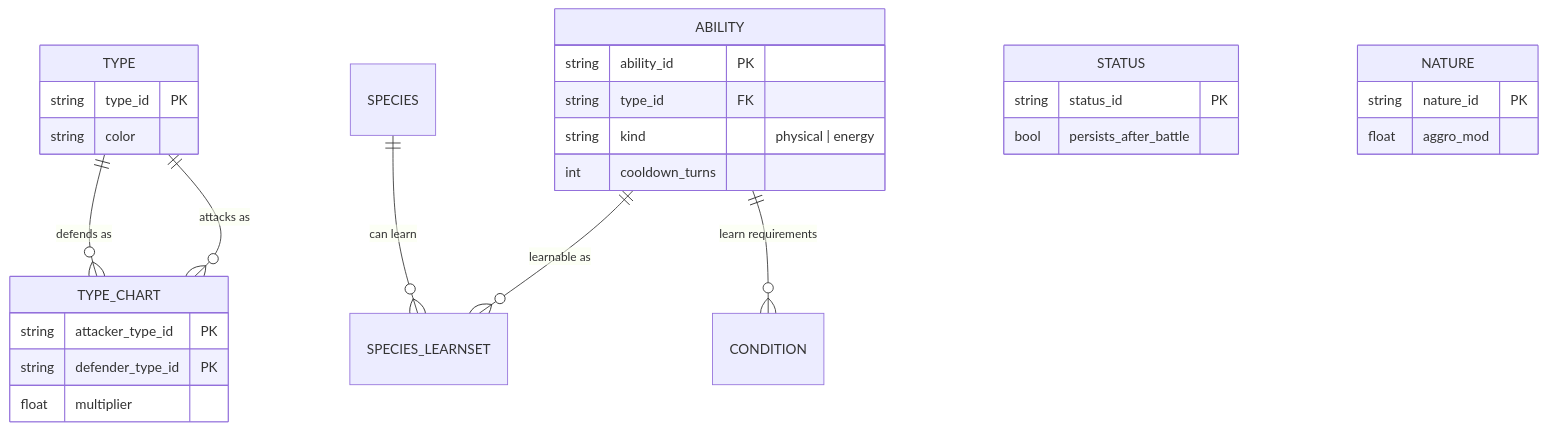
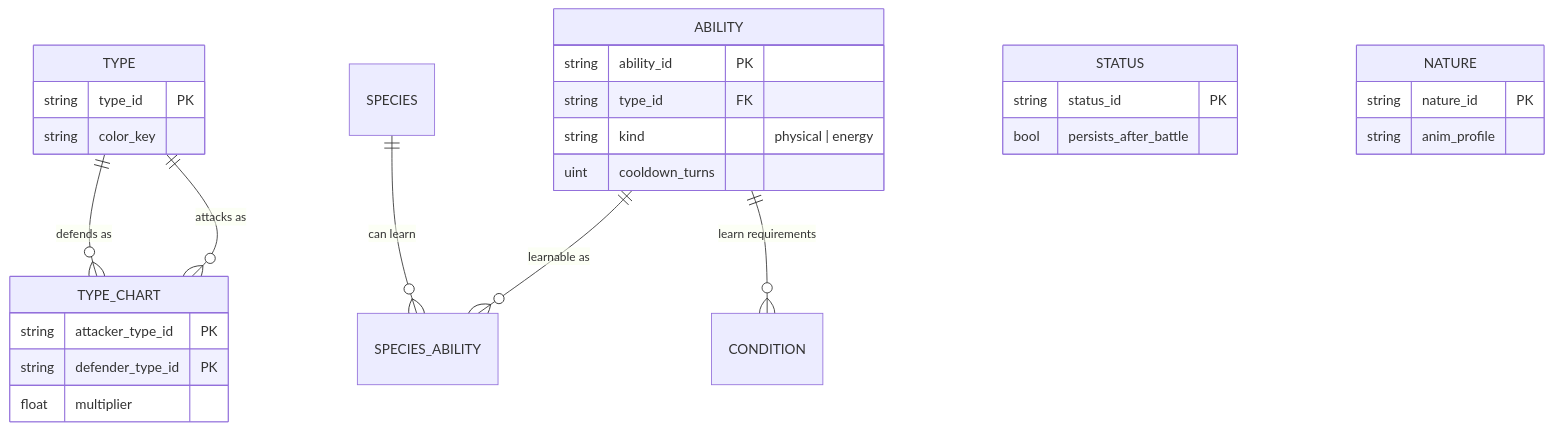
The first of 4 diagrams in Docs/data/schema.md (Intaria/mon-game), drawn with Mermaid before and after one commit. The commit also changed other lines of this file and 2 other files, not shown here.

First line of the commit message:
docs(data): apply schema review round — naming rules, behavior, rule-driven content

````diff
--- a/Docs/data/schema.md
+++ b/Docs/data/schema.md
@@ -40,31 +40,31 @@
 ```mermaid
 erDiagram
     TYPE ||--o{ TYPE_CHART : "attacks as"
     TYPE ||--o{ TYPE_CHART : "defends as"
-    ABILITY ||--o{ SPECIES_LEARNSET : "learnable as"
-    SPECIES ||--o{ SPECIES_LEARNSET : "can learn"
+    ABILITY ||--o{ SPECIES_ABILITY : "learnable as"
+    SPECIES ||--o{ SPECIES_ABILITY : "can learn"
     ABILITY ||--o{ CONDITION : "learn requirements"
     ABILITY {
         string ability_id PK
         string type_id FK
         string kind "physical | energy"
-        int cooldown_turns
+        uint cooldown_turns
     }
     TYPE {
         string type_id PK
-        string color
+        string color_key
     }
     TYPE_CHART {
         string attacker_type_id PK
         string defender_type_id PK
         float multiplier
     }
     STATUS {
         string status_id PK
         bool persists_after_battle
     }
     NATURE {
         string nature_id PK
-        float aggro_mod
+        string anim_profile
     }
 ```
````
